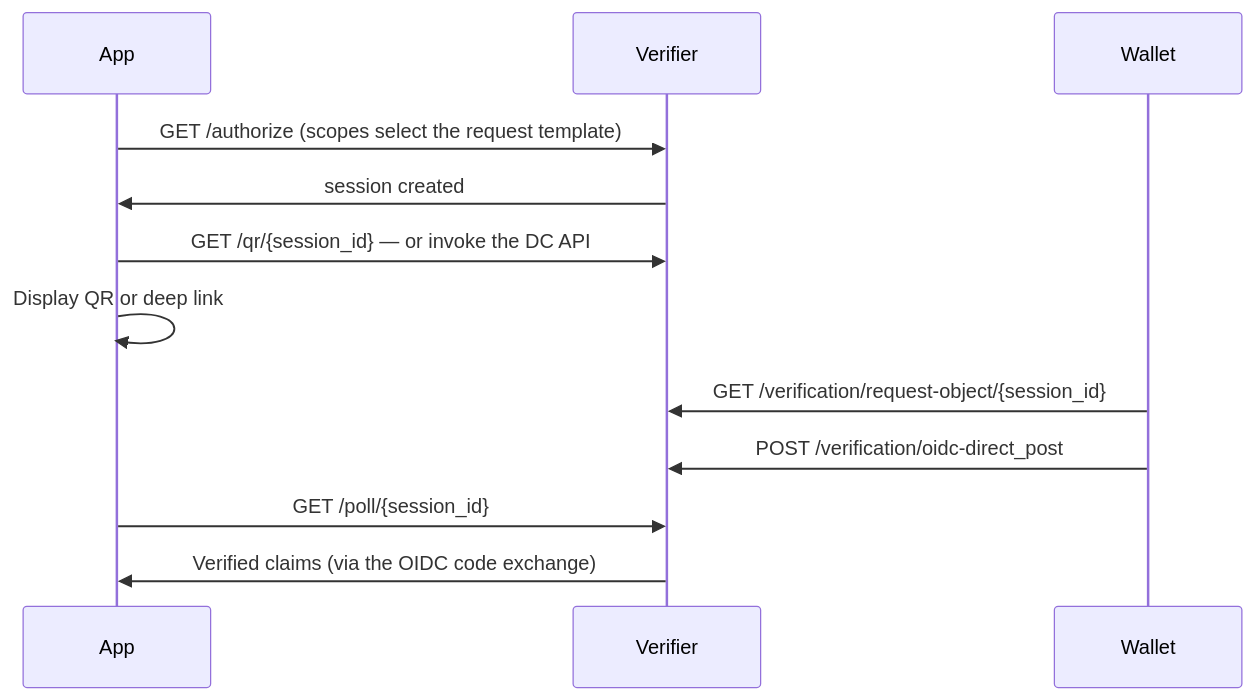
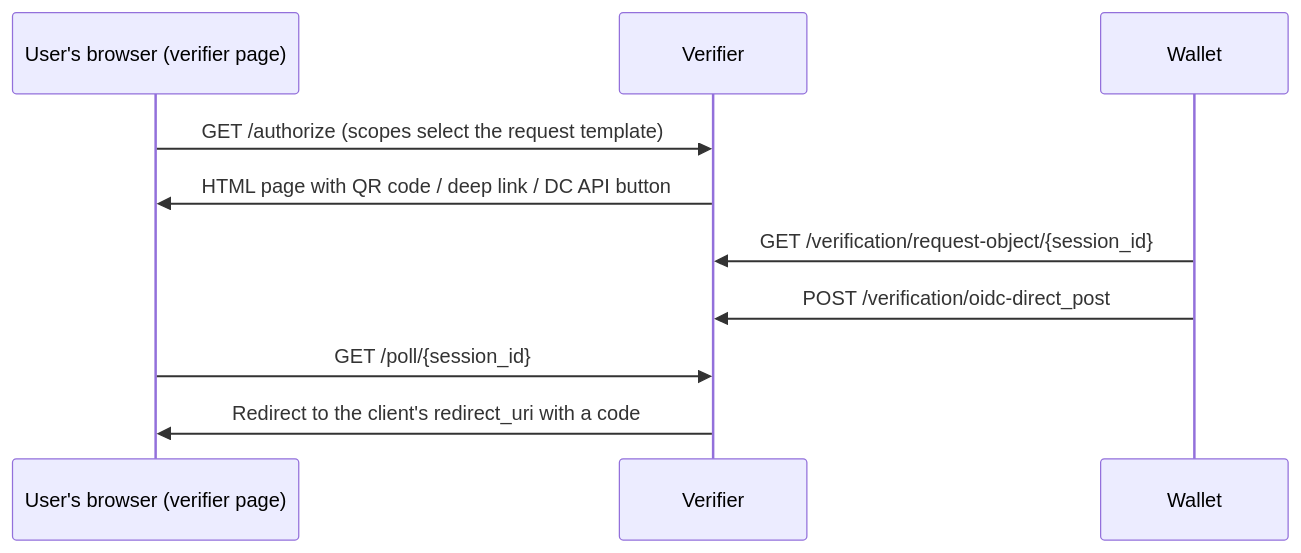
The seventh of 14 diagrams in docs/sirosid/verifiers/concepts.md (sirosfoundation/docs), drawn with Mermaid before and after one commit. The commit also changed other lines of this file and 8 other files, not shown here.

````diff
--- a/docs/sirosid/verifiers/concepts.md
+++ b/docs/sirosid/verifiers/concepts.md
@@ -282,15 +289,13 @@
 ```mermaid
 sequenceDiagram
-    participant App
+    participant Browser as User's browser (verifier page)
     participant Verifier
     participant Wallet
 
-    App->>Verifier: GET /authorize (scopes select the request template)
-    Verifier->>App: session created
-    App->>Verifier: GET /qr/{session_id} — or invoke the DC API
-    App->>App: Display QR or deep link
+    Browser->>Verifier: GET /authorize (scopes select the request template)
+    Verifier->>Browser: HTML page with QR code / deep link / DC API button
     Wallet->>Verifier: GET /verification/request-object/{session_id}
     Wallet->>Verifier: POST /verification/oidc-direct_post
-    App->>Verifier: GET /poll/{session_id}
-    Verifier->>App: Verified claims (via the OIDC code exchange)
+    Browser->>Verifier: GET /poll/{session_id}
+    Verifier->>Browser: Redirect to the client's redirect_uri with a code
 ```
````
